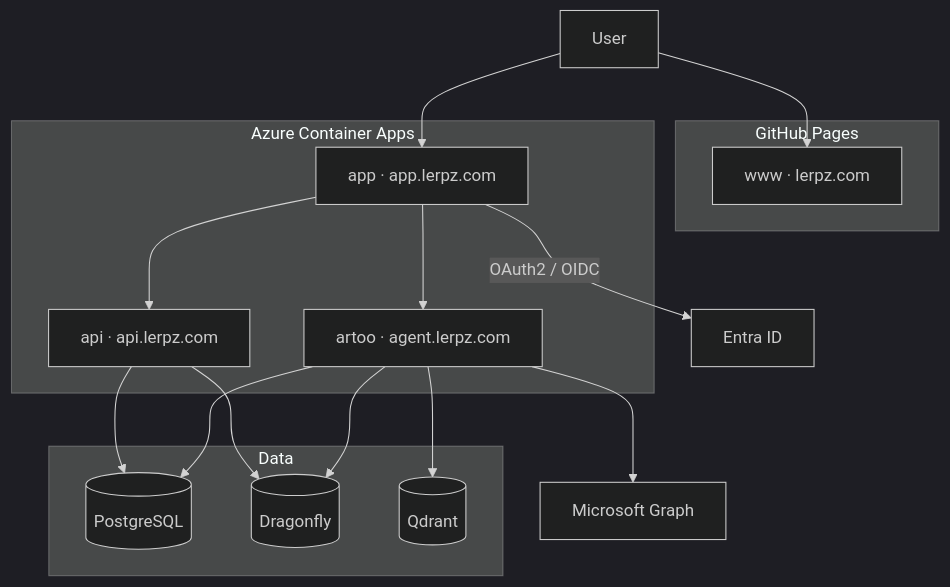
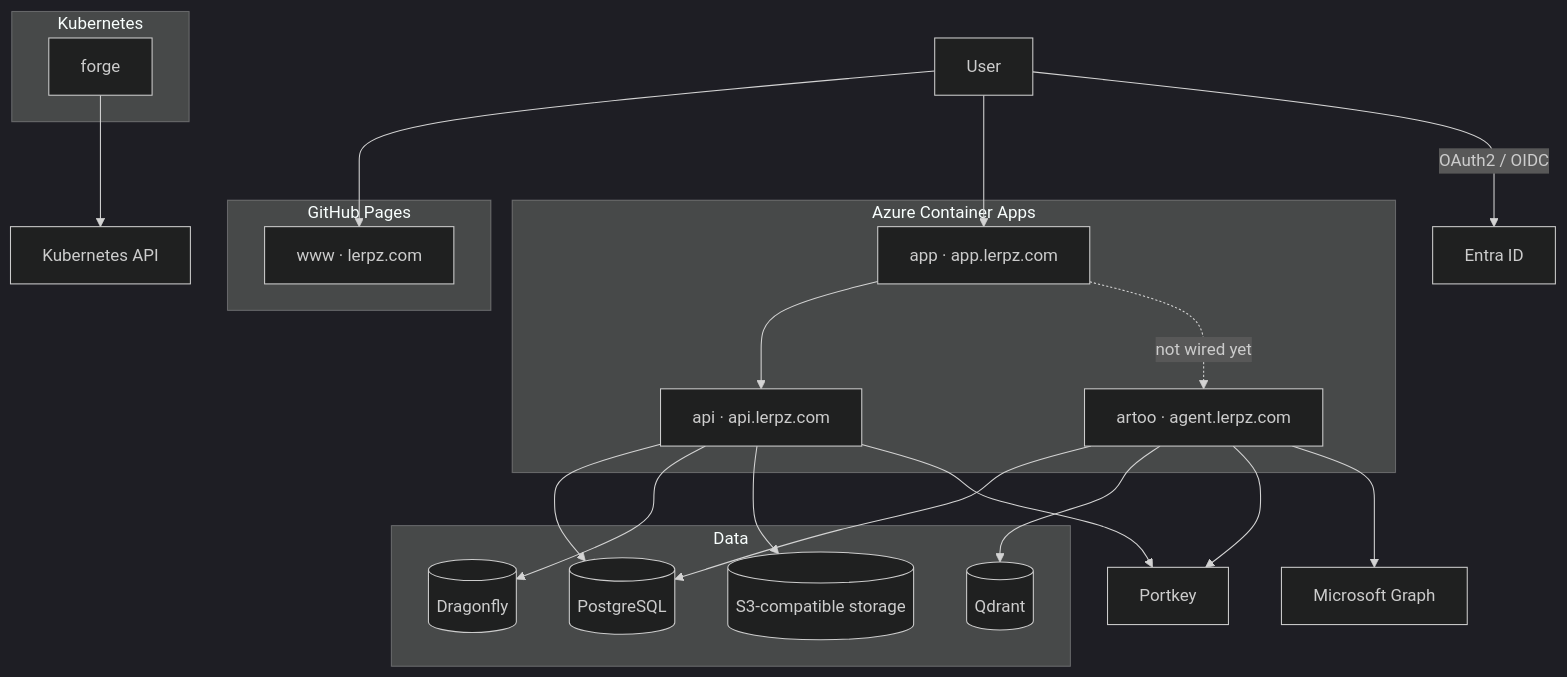
One commit to Kanerix/lerpz-com changed the first of 2 diagrams in docs/INFRA.md. Above: the diagram before and after it, drawn with Mermaid (dark theme). The commit also changed other lines of this file and 1 other file, not shown here.

````diff
--- a/docs/INFRA.md
+++ b/docs/INFRA.md
@@ -23,35 +29,44 @@
 ```mermaid
 graph TD
     User
 
     subgraph pages[GitHub Pages]
         www[www · lerpz.com]
     end
 
     subgraph aca[Azure Container Apps]
         app[app · app.lerpz.com]
         api[api · api.lerpz.com]
         artoo[artoo · agent.lerpz.com]
     end
 
     subgraph data[Data]
         Postgres[(PostgreSQL)]
         Dragonfly[(Dragonfly)]
         Qdrant[(Qdrant)]
+        Storage[(S3-compatible storage)]
+    end
+
+    subgraph k8s[Kubernetes]
+        forge[forge]
     end
 
     EntraID[Entra ID]
     Graph[Microsoft Graph]
+    Portkey[Portkey]
 
     User --> www
     User --> app
+    User -->|OAuth2 / OIDC| EntraID
     app --> api
-    app --> artoo
-    app -->|OAuth2 / OIDC| EntraID
+    app -.->|not wired yet| artoo
     api --> Postgres
     api --> Dragonfly
+    api --> Storage
+    api --> Portkey
     artoo --> Postgres
-    artoo --> Dragonfly
     artoo --> Qdrant
+    artoo --> Portkey
     artoo --> Graph
+    forge --> KubeAPI[Kubernetes API]
 ```
````
